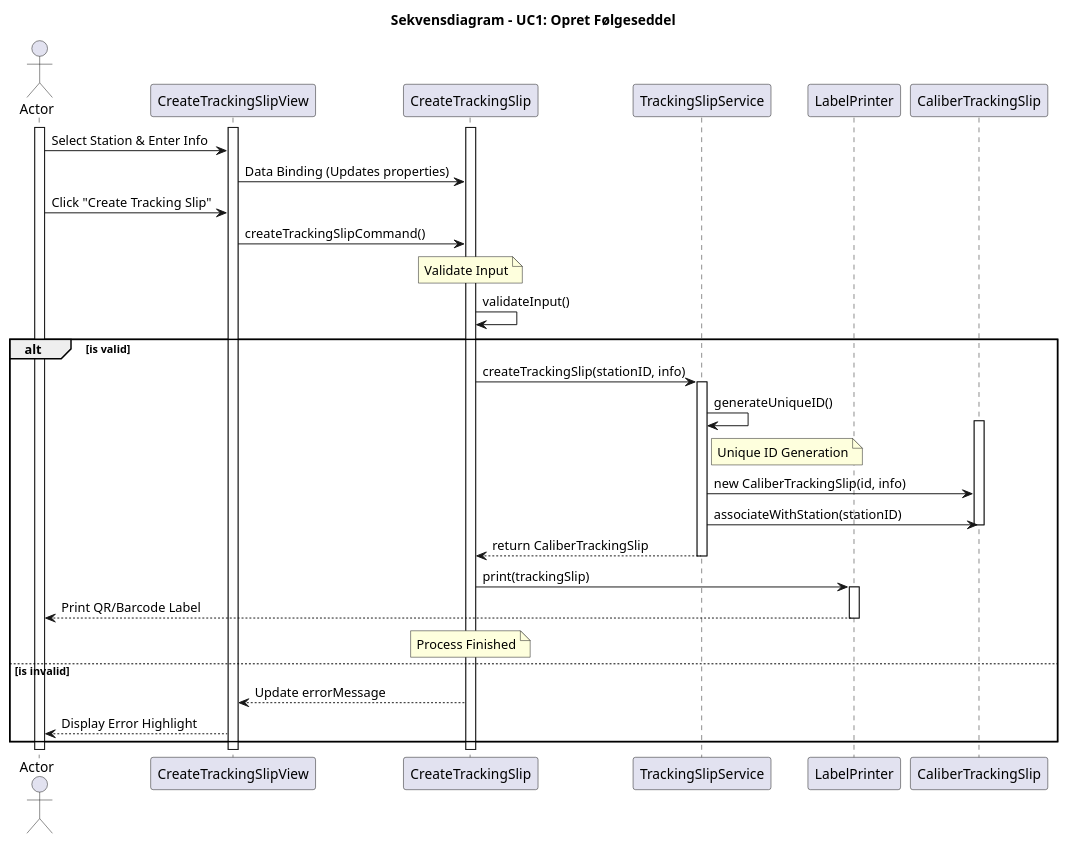
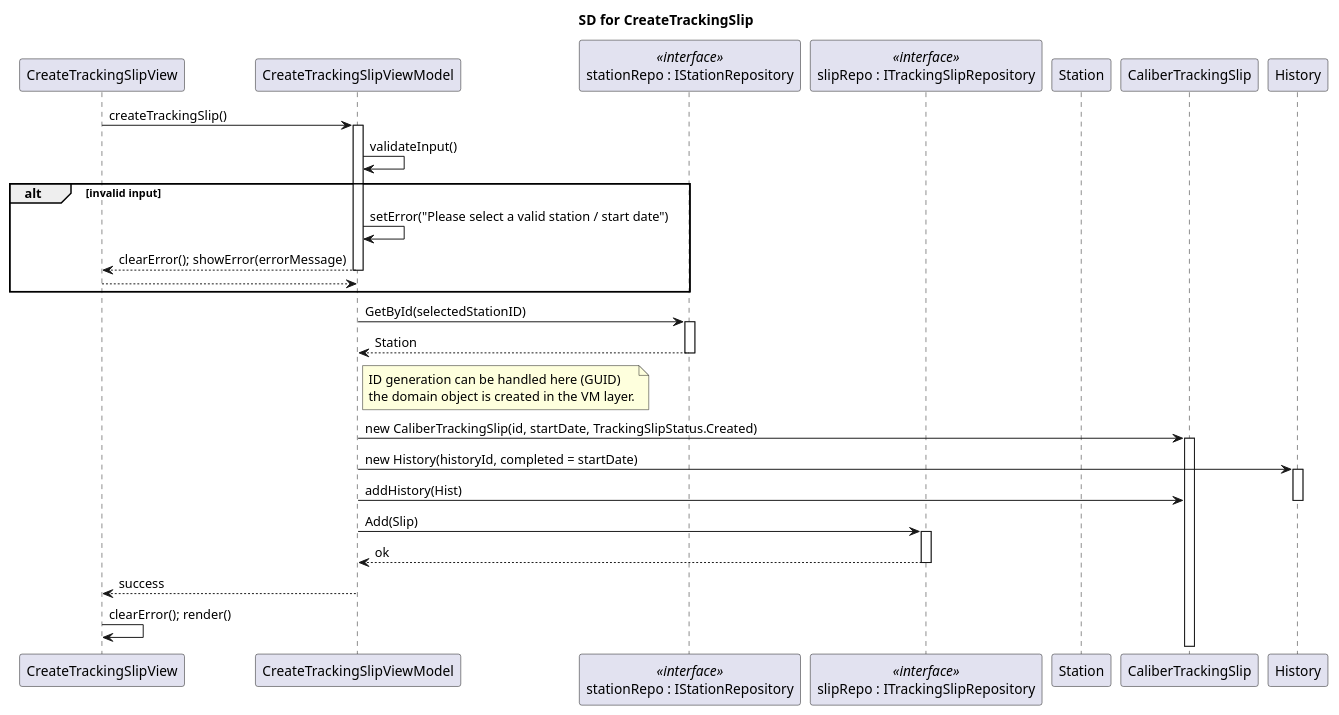
Before and after one commit to marsbo04/budweg: the diagram in uml_artifacts/uc1_sd.puml, drawn with PlantUML.

Commit message:
updated sequence diagram for CreateTrackingSlip to improve clarity and structure

```diff
--- a/uml_artifacts/uc1_sd.puml
+++ b/uml_artifacts/uc1_sd.puml
@@ -1,49 +1,53 @@
-@startuml UC1SD
-title  Sekvensdiagram - UC1: Opret Følgeseddel
-    actor "Actor" as User
-    activate User
-    participant "CreateTrackingSlipView" as View
-    participant "CreateTrackingSlip" as VM
-    participant "TrackingSlipService" as Service
-    participant "CaliberTrackingSlip" as Model
-    participant "LabelPrinter" as Printer
-    activate View
-    activate VM
-    User->View: Select Station & Enter Info
-    View->VM: Data Binding (Updates properties)
+@startuml uc1_sd
+title SD for CreateTrackingSlip
+participant "CreateTrackingSlipView" as View
+participant "CreateTrackingSlipViewModel" as VM
+participant "stationRepo : IStationRepository" as SRepo <<interface>>
+participant "slipRepo : ITrackingSlipRepository" as TRepo <<interface>>
+participant "Station" as Station
+participant "CaliberTrackingSlip" as Slip
+participant "History" as Hist
 
-    User->View: Click "Create Tracking Slip"
-    View->VM: createTrackingSlipCommand()
-   
-    
-        Note over VM: Validate Input
-        VM->VM: validateInput()
-    
-    
-    alt is valid
-        VM->Service: createTrackingSlip(stationID, info)
-        
-        activate Service
-        Service->Service: generateUniqueID()
-        Note right of Service:  Unique ID Generation
-        
-        create participant Model
-        activate Model
-        Service->Model: new CaliberTrackingSlip(id, info)
-        Service->Model: associateWithStation(stationID)
-        deactivate Model
-        Service-->VM: return CaliberTrackingSlip
-        deactivate Service
-        
-        VM->Printer: print(trackingSlip)
-        activate Printer
-        Printer-->User: Print QR/Barcode Label
-        deactivate Printer
-        
+'User triggers creation from the View (e.g., button click)
+View -> VM : createTrackingSlip()
+activate VM
 
-        Note over VM: Process Finished
-    else is invalid
-        VM-->View: Update errorMessage
-        View-->User: Display Error Highlight
-    end
+'Input validation
+VM -> VM : validateInput()
+alt invalid input
+  VM -> VM : setError("Please select a valid station / start date")
+  VM --> View : clearError(); showError(errorMessage)
+  deactivate VM
+  return
+end
+
+'Load Station (domain ref)
+VM -> SRepo : GetById(selectedStationID)
+activate SRepo
+SRepo --> VM : Station
+deactivate SRepo
+
+'Create thedomain object
+note right of VM
+ID generation can be handled here (GUID)
+the domain object is created in the VM layer.
+end note
+VM -> Slip ++ : new CaliberTrackingSlip(id, startDate, TrackingSlipStatus.Created)
+
+'Add initial history step (performedAt = Station)
+VM -> Hist ++ : new History(historyId, completed = startDate)
+VM -> Slip : addHistory(Hist)
+deactivate Hist
+
+'Persist the new tracking slip
+VM -> TRepo : Add(Slip)
+activate TRepo
+TRepo --> VM : ok
+deactivate TRepo
+
+'Return to View
+VM --> View : success
+deactivate VM
+
+View -> View : clearError(); render()
 @enduml
```
